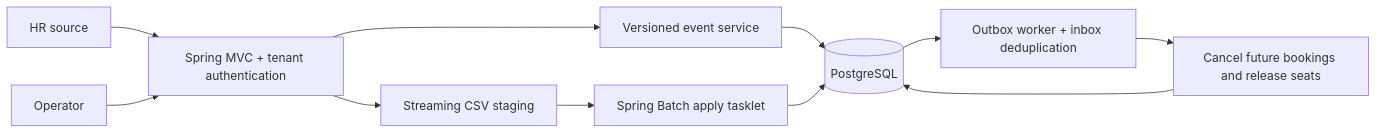
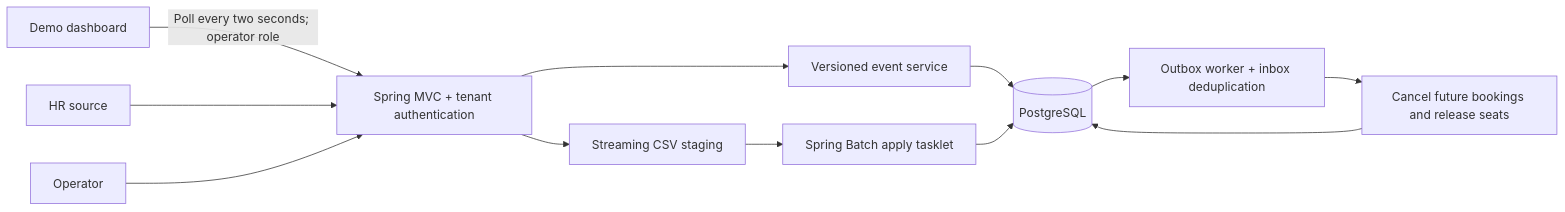
Before and after one commit to Ayush-Vish/HR_Roster_Sync: the first of 2 diagrams in docs/design.md, drawn with Mermaid. The commit also changed other lines of this file and 26 other files, not shown here.

Commit message:
Add reviewer dashboard and quality architecture

````diff
--- a/docs/design.md
+++ b/docs/design.md
@@ -5,13 +5,14 @@
 ```mermaid
 flowchart LR
+  Browser[Demo dashboard] -->|Poll every two seconds; operator role| API
   HR[HR source] --> API[Spring MVC + tenant authentication]
   API --> Live[Versioned event service]
   API --> Stage[Streaming CSV staging]
   Stage --> Batch[Spring Batch apply tasklet]
   Live --> PG[(PostgreSQL)]
   Batch --> PG
   PG --> Outbox[Outbox worker + inbox deduplication]
   Outbox --> Bookings[Cancel future bookings and release seats]
   Bookings --> PG
   Operator[Operator] --> API
 ```
````
